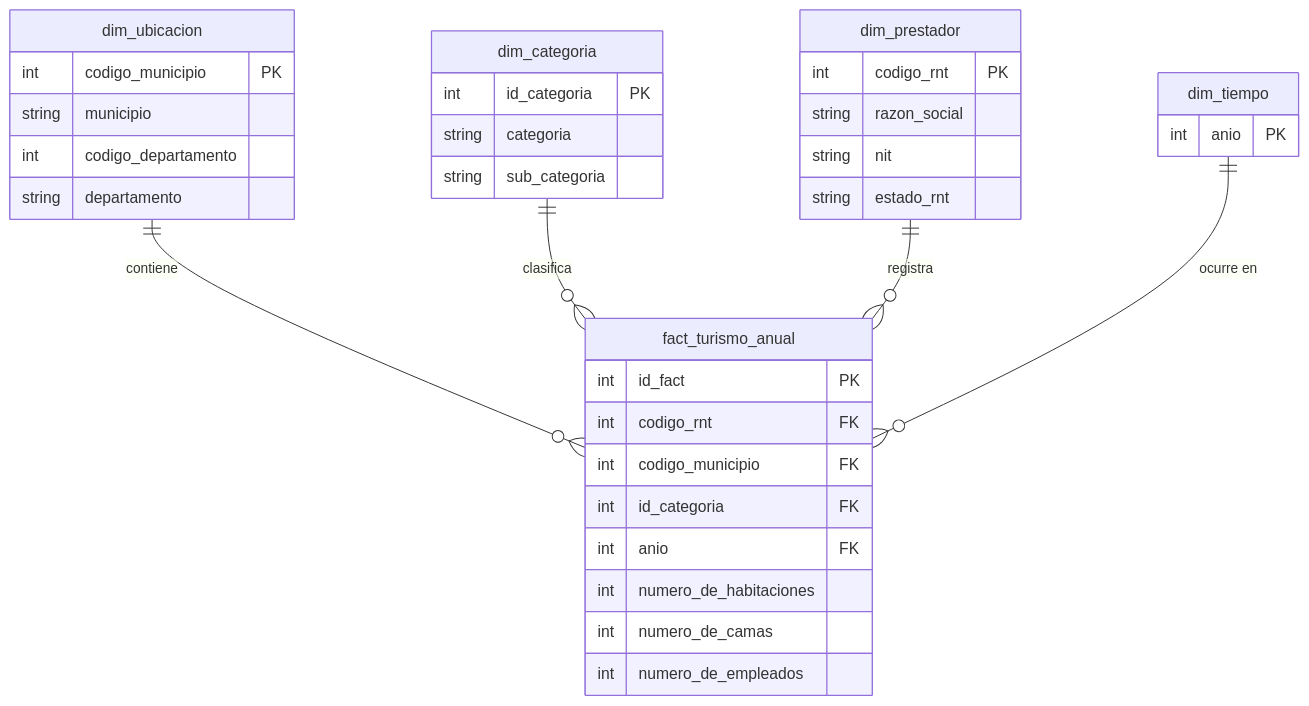
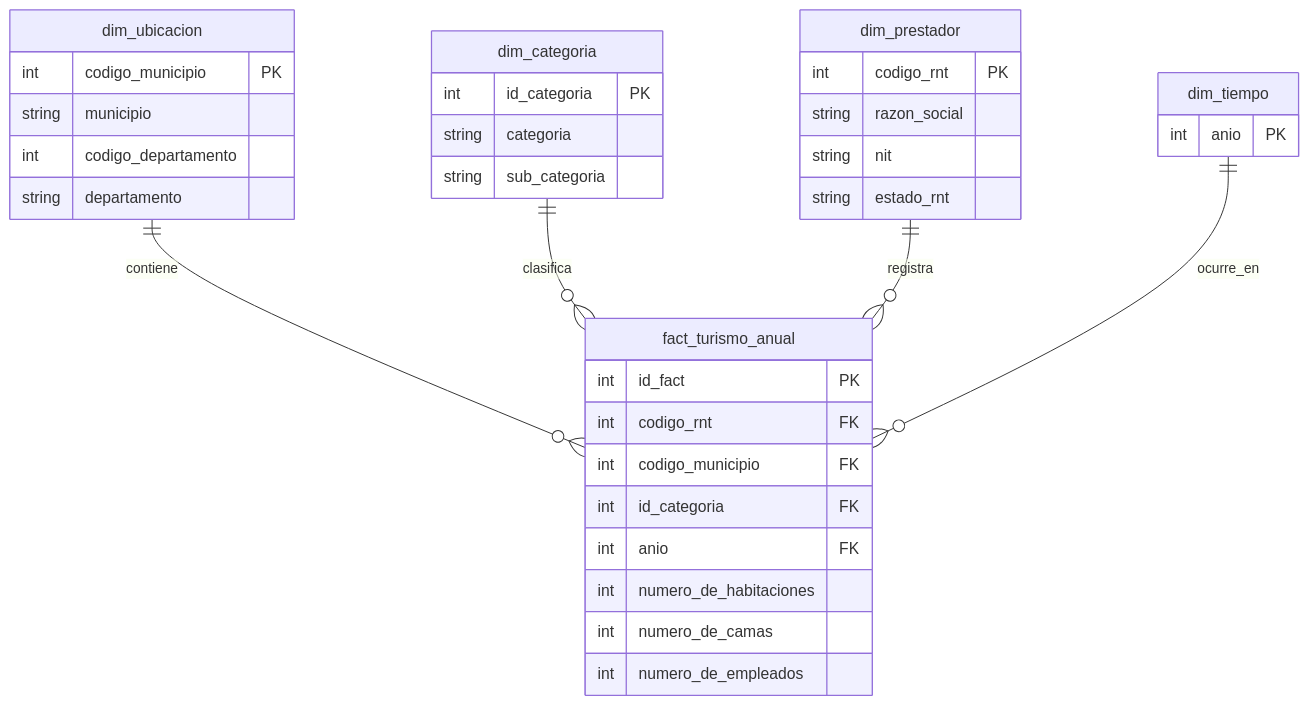
Before and after one commit to FelipeMM04/Projecto1-ETL: the diagram in README.md, drawn with Mermaid.

Commit message:
fix: arreglar diagrama para la exposicion

````diff
--- a/README.md
+++ b/README.md
@@ -292,42 +292,42 @@
 ```mermaid
 erDiagram
-    fact_turismo_anual {
-        int id_fact PK
-        int codigo_rnt FK
-        int codigo_municipio FK
-        int id_categoria FK
-        int anio FK
-        int numero_de_habitaciones
-        int numero_de_camas
-        int numero_de_empleados
-    }
+fact_turismo_anual {
+int id_fact PK
+int codigo_rnt FK
+int codigo_municipio FK
+int id_categoria FK
+int anio FK
+int numero_de_habitaciones
+int numero_de_camas
+int numero_de_empleados
+}
 
-    dim_ubicacion {
-        int codigo_municipio PK
-        string municipio
-        int codigo_departamento
-        string departamento
-    }
+dim_ubicacion {
+int codigo_municipio PK
+string municipio
+int codigo_departamento
+string departamento
+}
 
-    dim_categoria {
-        int id_categoria PK
-        string categoria
-        string sub_categoria
-    }
+dim_categoria {
+int id_categoria PK
+string categoria
+string sub_categoria
+}
 
-    dim_prestador {
-        int codigo_rnt PK
-        string razon_social
-        string nit
-        string estado_rnt
-    }
+dim_prestador {
+int codigo_rnt PK
+string razon_social
+string nit
+string estado_rnt
+}
 
-    dim_tiempo {
-        int anio PK
-    }
+dim_tiempo {
+int anio PK
+}
 
-    dim_ubicacion ||--o{ fact_turismo_anual : "contiene"
-    dim_categoria ||--o{ fact_turismo_anual : "clasifica"
-    dim_prestador ||--o{ fact_turismo_anual : "registra"
-    dim_tiempo ||--o{ fact_turismo_anual : "ocurre en"
+dim_ubicacion ||--o{ fact_turismo_anual : contiene
+dim_categoria ||--o{ fact_turismo_anual : clasifica
+dim_prestador ||--o{ fact_turismo_anual : registra
+dim_tiempo ||--o{ fact_turismo_anual : ocurre_en
 ```
````
